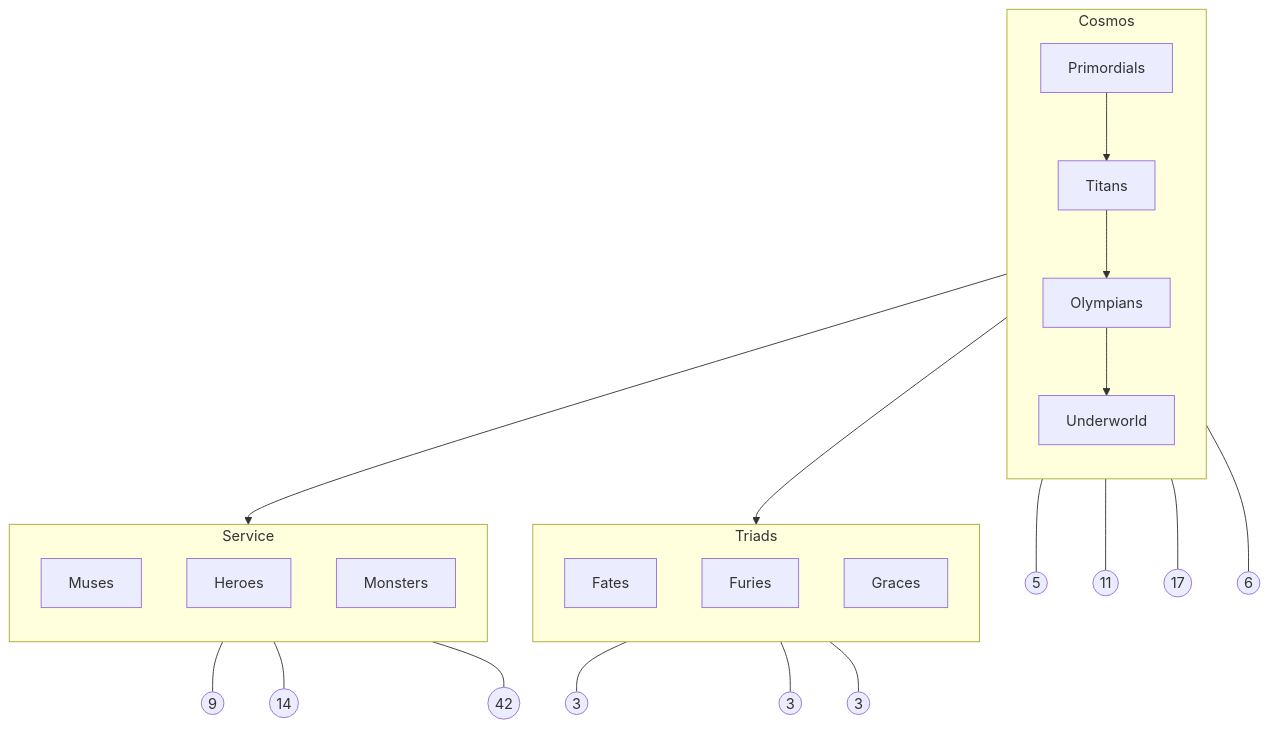
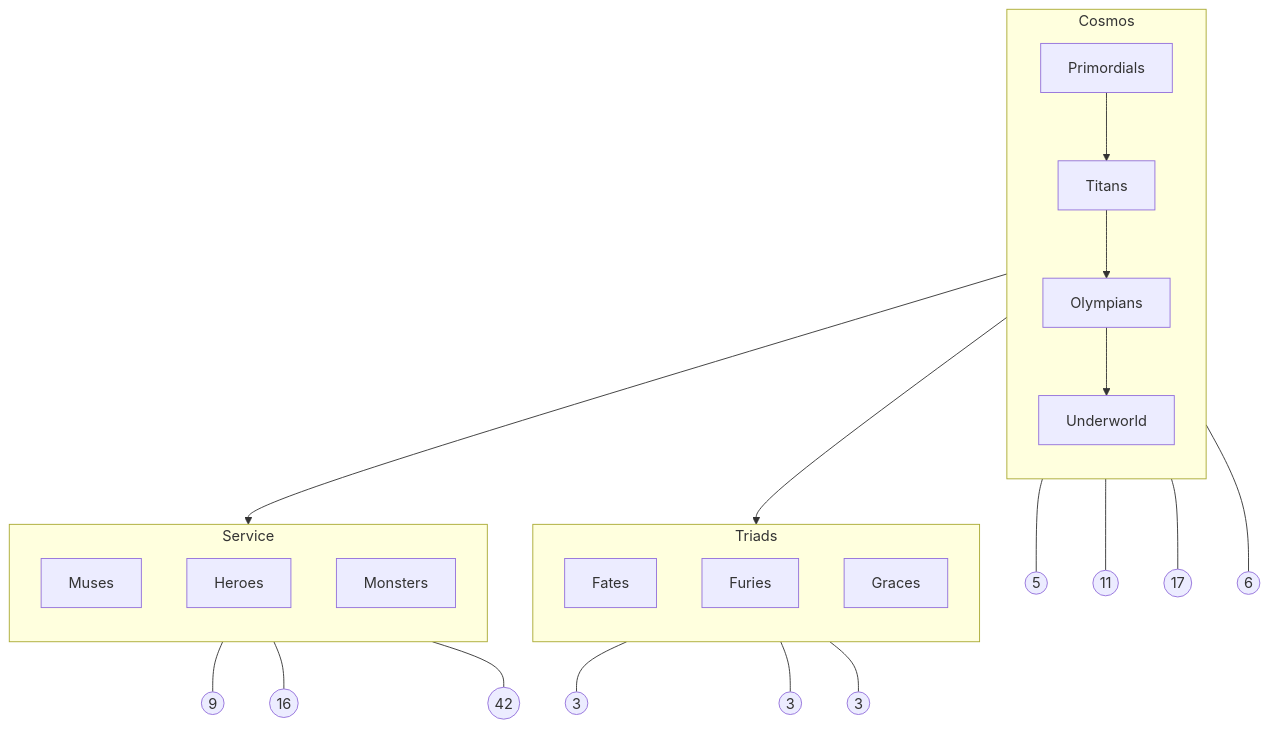
Before and after one commit to EgorKhaklin/olympus-ai: the second of 2 diagrams in codex/ARCHITECTURE.md, drawn with Mermaid. The commit also changed other lines of this file and 19 other files, not shown here.

````diff
--- a/codex/ARCHITECTURE.md
+++ b/codex/ARCHITECTURE.md
@@ -129,42 +297,42 @@
 ```mermaid
 %% Tier map — generated by Daedalus.
 flowchart TB
 
     subgraph Cosmos
         direction TB
         Primordials[Primordials]
         Titans[Titans]
         Olympians[Olympians]
         Underworld[Underworld]
     end
 
     subgraph Triads
         direction TB
         Fates[Fates]
         Furies[Furies]
         Graces[Graces]
     end
 
     subgraph Service
         direction TB
         Muses[Muses]
         Heroes[Heroes]
         Monsters[Monsters]
     end
 
     Primordials --> Titans --> Olympians
     Olympians --> Underworld
     Olympians --> Triads
     Olympians --> Service
 
     Primordials --- PrimordialsCount((5))
     Titans --- TitansCount((11))
     Olympians --- OlympiansCount((17))
     Underworld --- UnderworldCount((6))
     Fates --- FatesCount((3))
     Furies --- FuriesCount((3))
     Graces --- GracesCount((3))
     Muses --- MusesCount((9))
-    Heroes --- HeroesCount((14))
+    Heroes --- HeroesCount((16))
     Monsters --- MonstersCount((42))
 ```
````
